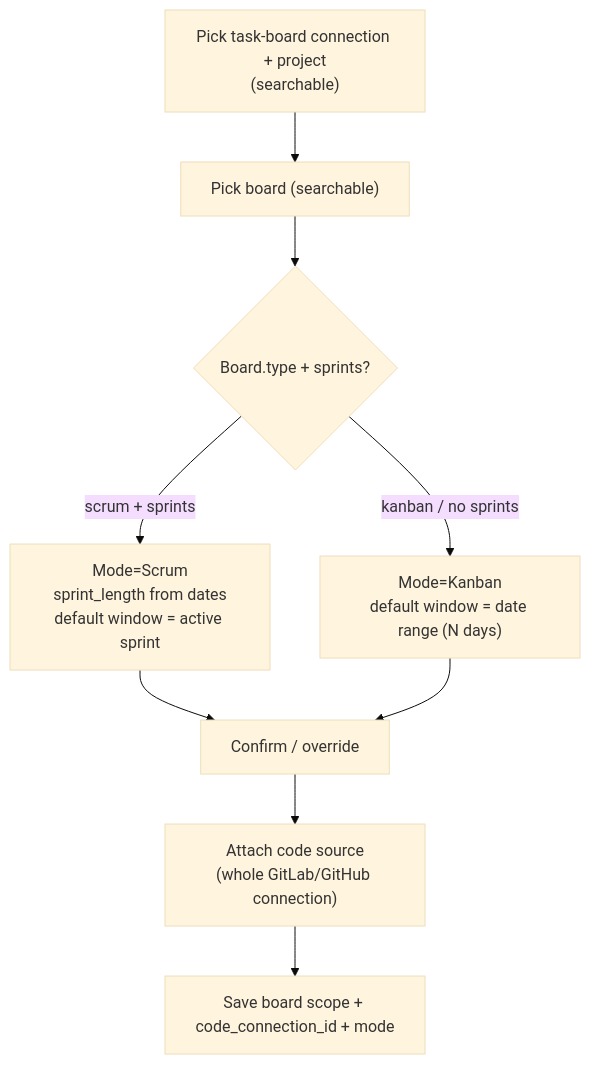
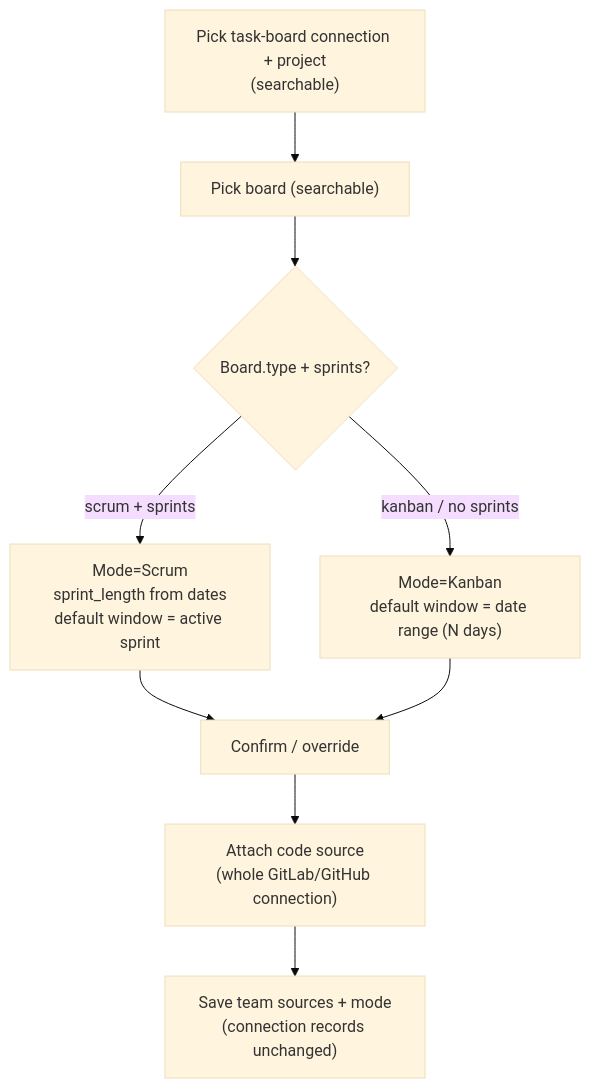
Before and after one commit to serdartas/em-radar: the fourth of 5 diagrams in docs/09-functional-flows.md, drawn with Mermaid (base theme). The commit also changed other lines of this file and 39 other files, not shown here.

````diff
--- a/docs/09-functional-flows.md
+++ b/docs/09-functional-flows.md
@@ -215,11 +247,11 @@
 ```mermaid
 flowchart TD
     A["Pick task-board connection + project<br/>(searchable)"] --> B["Pick board (searchable)"]
     B --> C{"Board.type + sprints?"}
     C -->|scrum + sprints| D["Mode=Scrum<br/>sprint_length from dates<br/>default window = active sprint"]
     C -->|kanban / no sprints| E["Mode=Kanban<br/>default window = date range (N days)"]
     D --> F["Confirm / override"]
     E --> F
     F --> G["Attach code source<br/>(whole GitLab/GitHub connection)"]
-    G --> H["Save board scope + code_connection_id + mode"]
+    G --> H["Save team sources + mode<br/>(connection records unchanged)"]
 ```
````
